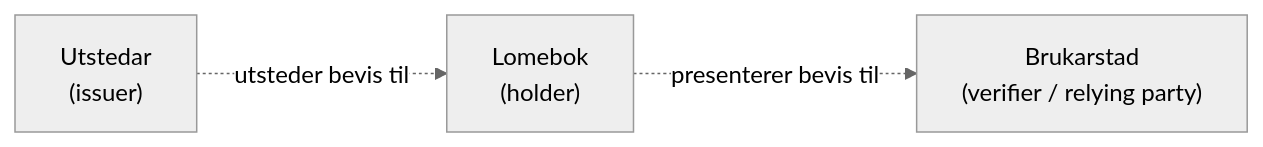
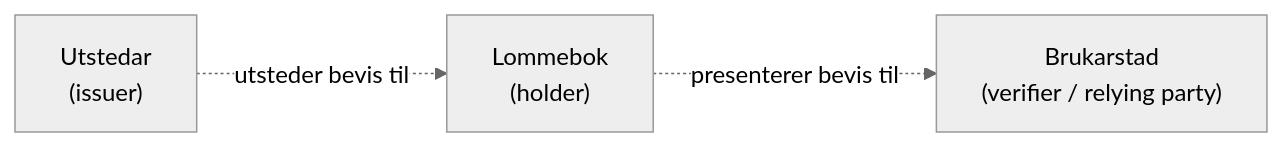
One commit to felleslosninger/docs changed the first of 3 diagrams in _docs/lommebok/lommebok_arkitektur.md. Above: the diagram before and after it, drawn with Mermaid (neutral theme). The commit also changed other lines of this file, not shown here.

```diff
--- a/_docs/lommebok/lommebok_arkitektur.md
+++ b/_docs/lommebok/lommebok_arkitektur.md
@@ -14,13 +14,13 @@
 <div class="mermaid">
 graph LR
   direction LR
   I["Utstedar 
 (issuer)"]
-  H["Lomebok 
+  H["Lommebok 
 (holder)"]
   V["Brukarstad 
 (verifier / relying party)"]
 
   I -. utsteder bevis til .-> H
   H -. presenterer bevis til .-> V
 </div>
```
